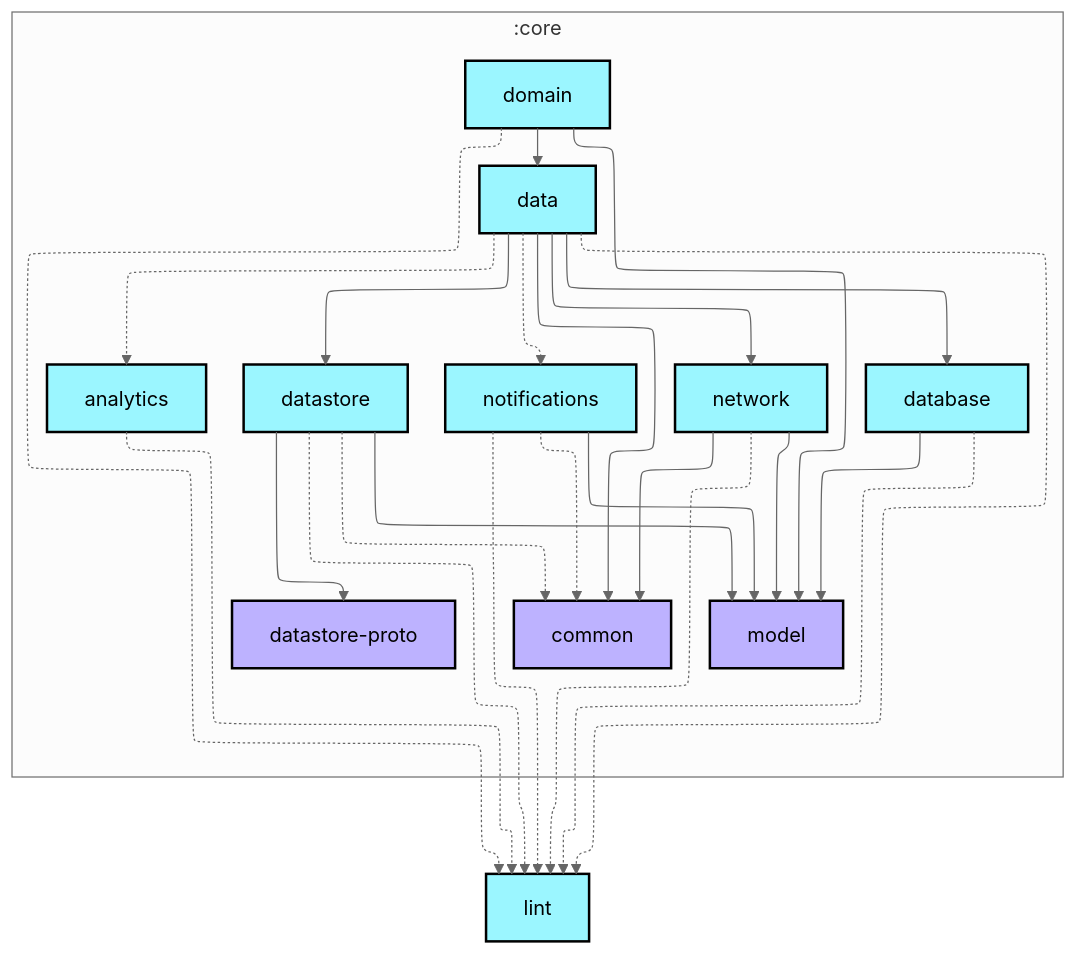
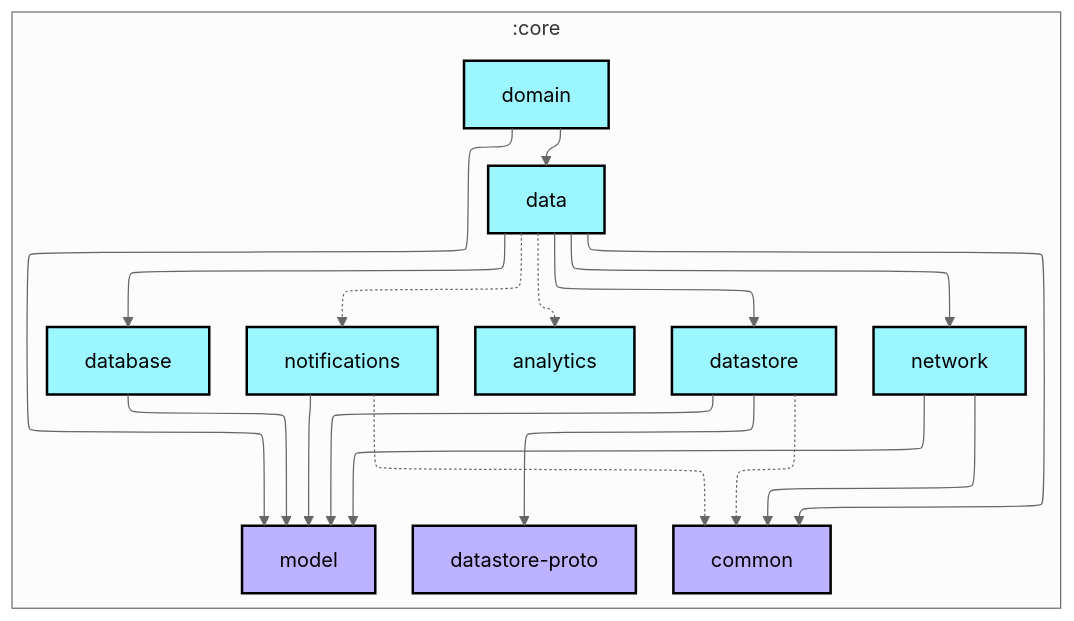
Before and after one commit to android/nowinandroid: the first of 2 diagrams in core/domain/README.md, drawn with Mermaid (neutral theme). The commit also changed 30 other files, not shown here.

````diff
--- a/core/domain/README.md
+++ b/core/domain/README.md
@@ -6,54 +6,46 @@
 ```mermaid
 ---
 config:
   layout: elk
   elk:
     nodePlacementStrategy: SIMPLE
 ---
 graph TB
   subgraph :core
     direction TB
     :core:analytics[analytics]:::android-library
     :core:common[common]:::jvm-library
     :core:data[data]:::android-library
     :core:database[database]:::android-library
     :core:datastore[datastore]:::android-library
     :core:datastore-proto[datastore-proto]:::jvm-library
     :core:domain[domain]:::android-library
     :core:model[model]:::jvm-library
     :core:network[network]:::android-library
     :core:notifications[notifications]:::android-library
   end
-  :lint[lint]:::android-library
 
-  :core:analytics -.-> :lint
   :core:data -.-> :core:analytics
   :core:data --> :core:common
   :core:data --> :core:database
   :core:data --> :core:datastore
   :core:data --> :core:network
   :core:data -.-> :core:notifications
-  :core:data -.-> :lint
   :core:database --> :core:model
-  :core:database -.-> :lint
   :core:datastore -.-> :core:common
   :core:datastore --> :core:datastore-proto
   :core:datastore --> :core:model
-  :core:datastore -.-> :lint
   :core:domain --> :core:data
   :core:domain --> :core:model
-  :core:domain -.-> :lint
   :core:network --> :core:common
   :core:network --> :core:model
-  :core:network -.-> :lint
   :core:notifications -.-> :core:common
   :core:notifications --> :core:model
-  :core:notifications -.-> :lint
 
 classDef android-application fill:#CAFFBF,stroke:#000,stroke-width:2px,color:#000;
 classDef android-feature fill:#FFD6A5,stroke:#000,stroke-width:2px,color:#000;
 classDef android-library fill:#9BF6FF,stroke:#000,stroke-width:2px,color:#000;
 classDef android-test fill:#A0C4FF,stroke:#000,stroke-width:2px,color:#000;
 classDef jvm-library fill:#BDB2FF,stroke:#000,stroke-width:2px,color:#000;
 classDef unknown fill:#FFADAD,stroke:#000,stroke-width:2px,color:#000;
 ```
````
